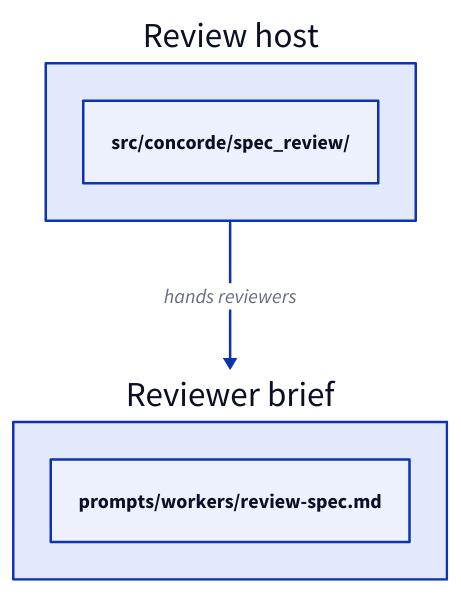
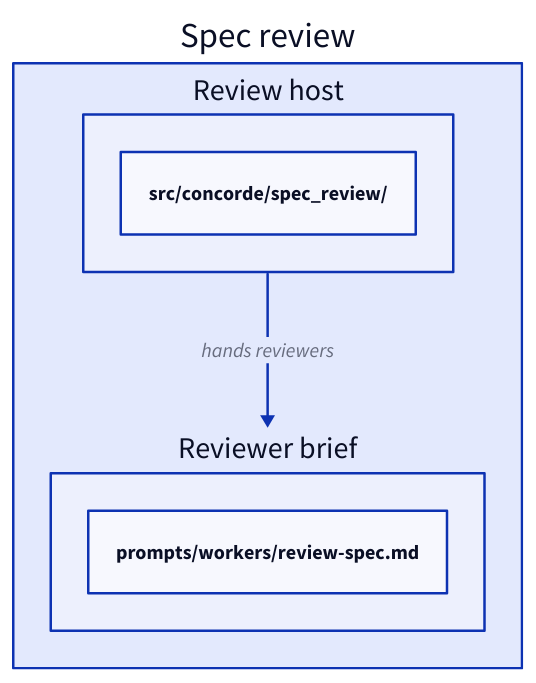
One commit to FTOD/concorde changed the first of 2 diagrams in specs/concorde/spec-tooling/spec-review/module.md. Above: the diagram before and after it, drawn with D2. The commit also changed other lines of this file and 13 other files, not shown here.

First line of the commit message:
Let a Module's own title name the Module in its own diagrams

````diff
--- a/specs/concorde/spec-tooling/spec-review/module.md
+++ b/specs/concorde/spec-tooling/spec-review/module.md
@@ -81,9 +81,11 @@
 ```d2
-host: Review host {
-  "src/concorde/spec_review/"
+review: Spec review {
+  host: Review host {
+    "src/concorde/spec_review/"
+  }
+  checklist: Reviewer brief {
+    "prompts/workers/review-spec.md"
+  }
+  host -> checklist: hands reviewers
 }
-checklist: Reviewer brief {
-  "prompts/workers/review-spec.md"
-}
-host -> checklist: hands reviewers
 ```
````
